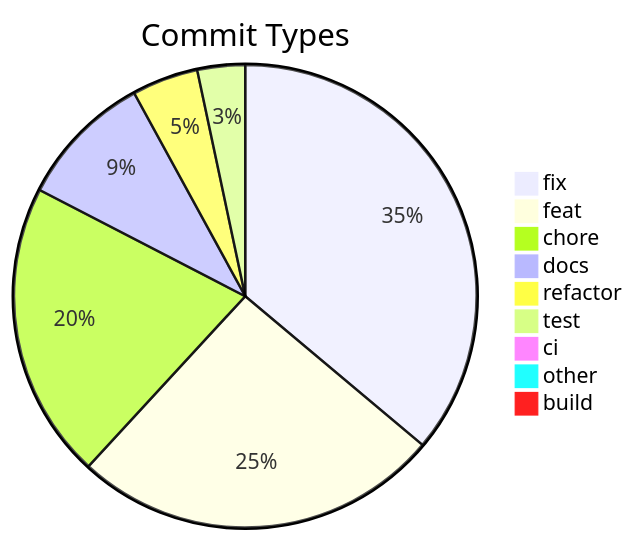
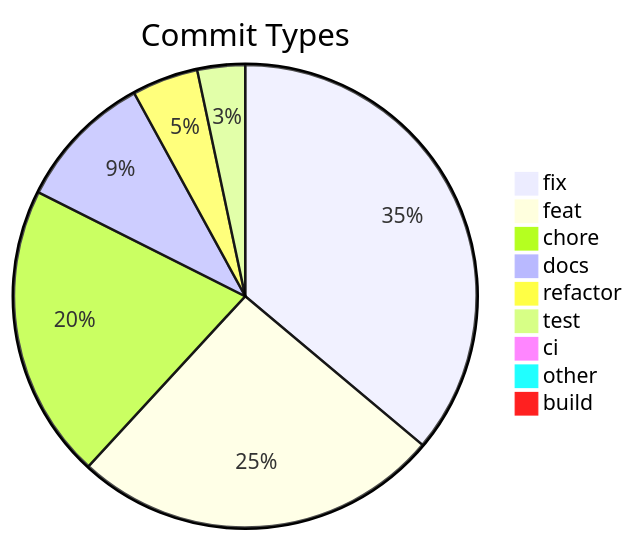
One commit to svenroth-ai/shipwright-webui changed the diagram in .shipwright/compliance/change-history.md. Above: the diagram before and after it, drawn with Mermaid. The commit also changed other lines of this file and 16 other files, not shown here.

````diff
--- a/.shipwright/compliance/change-history.md
+++ b/.shipwright/compliance/change-history.md
@@ -8,12 +8,12 @@
 ```mermaid
 pie title Commit Types
     "fix" : 195
     "feat" : 139
-    "chore" : 112
-    "docs" : 51
+    "chore" : 111
+    "docs" : 52
     "refactor" : 25
     "test" : 18
     "ci" : 5
     "other" : 4
     "build" : 1
 ```
````
